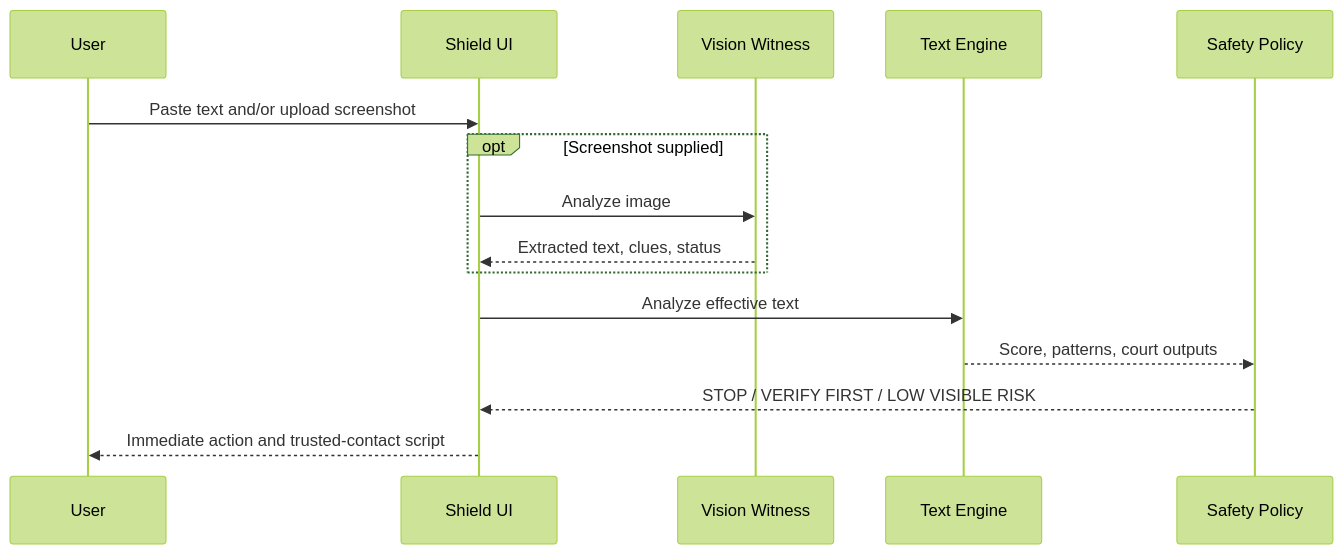
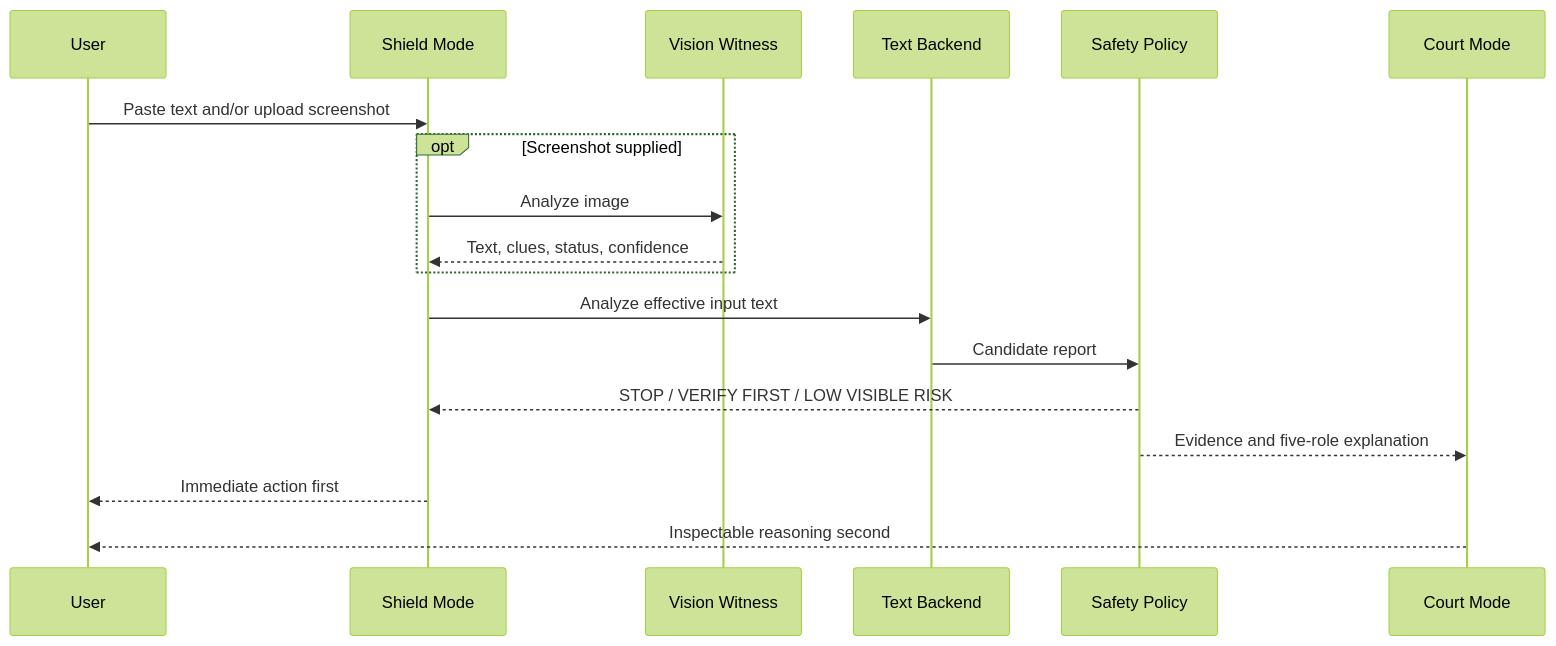
One commit to jpablortiz96/Scam-Court-AI changed the second of 6 diagrams in docs/ARCHITECTURE.md. Above: the diagram before and after it, drawn with Mermaid (forest theme). The commit also changed other lines of this file and 2 other files, not shown here.

Commit message:
Create investor-grade README and architecture docs

````diff
--- a/docs/ARCHITECTURE.md
+++ b/docs/ARCHITECTURE.md
@@ -60,18 +69,21 @@
 ```mermaid
 sequenceDiagram
     participant User
-    participant UI as Shield UI
+    participant Shield as Shield Mode
     participant Vision as Vision Witness
-    participant Engine as Text Engine
+    participant Text as Text Backend
     participant Policy as Safety Policy
+    participant Court as Court Mode
 
-    User->>UI: Paste text and/or upload screenshot
+    User->>Shield: Paste text and/or upload screenshot
     opt Screenshot supplied
-        UI->>Vision: Analyze image
-        Vision-->>UI: Extracted text, clues, status
+        Shield->>Vision: Analyze image
+        Vision-->>Shield: Text, clues, status, confidence
     end
-    UI->>Engine: Analyze effective text
-    Engine-->>Policy: Score, patterns, court outputs
-    Policy-->>UI: STOP / VERIFY FIRST / LOW VISIBLE RISK
-    UI-->>User: Immediate action and trusted-contact script
+    Shield->>Text: Analyze effective input text
+    Text->>Policy: Candidate report
+    Policy-->>Shield: STOP / VERIFY FIRST / LOW VISIBLE RISK
+    Policy-->>Court: Evidence and five-role explanation
+    Shield-->>User: Immediate action first
+    Court-->>User: Inspectable reasoning second
 ```
````
